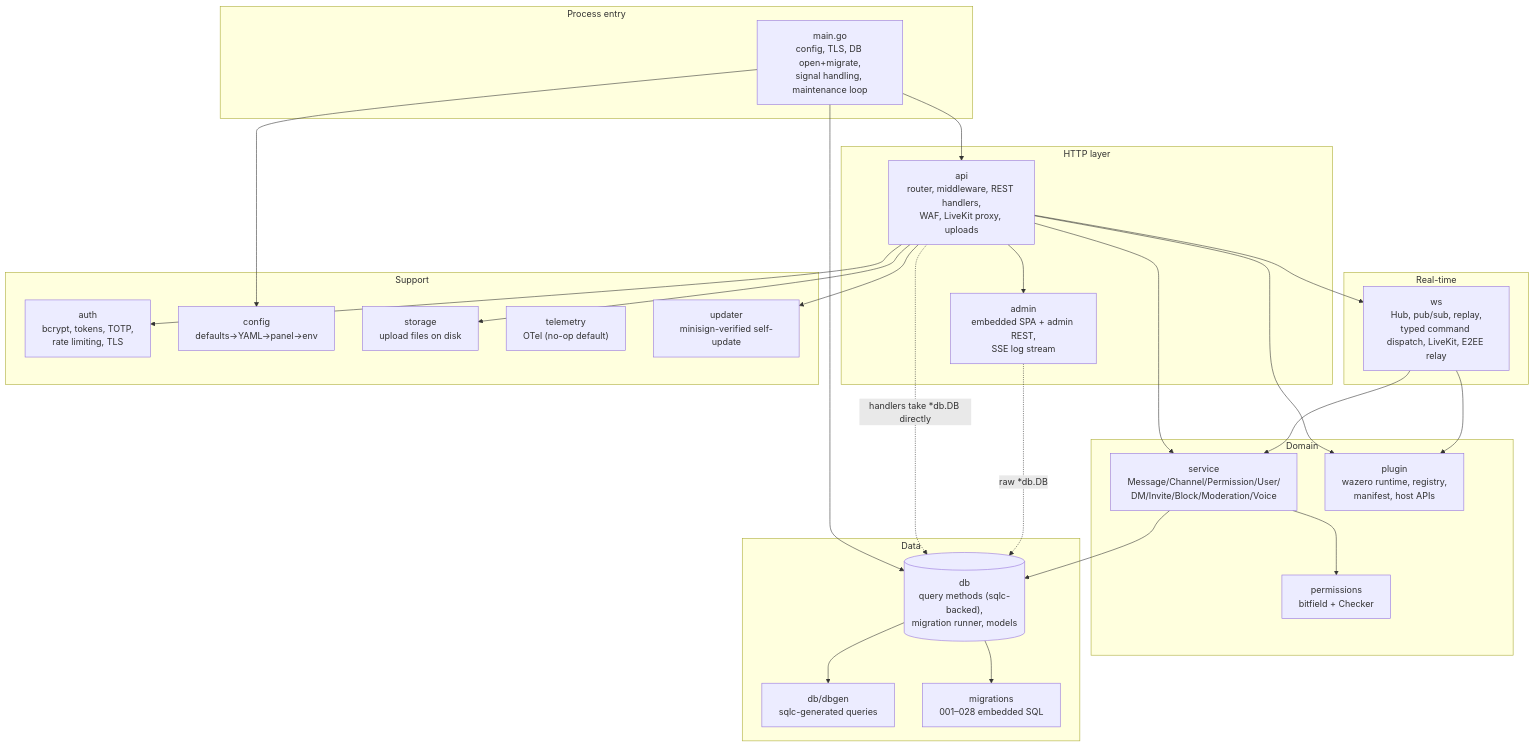
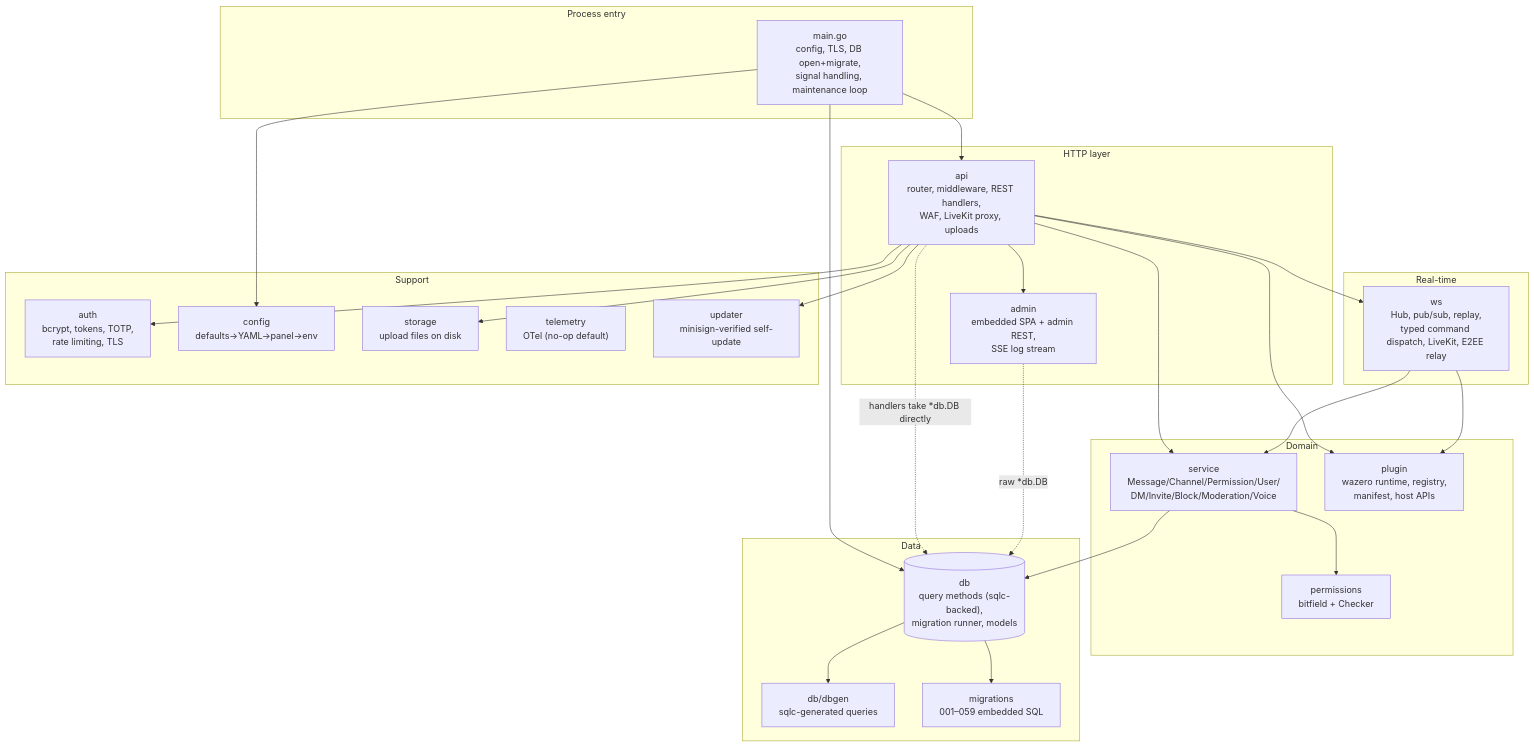
The first of 2 diagrams in docs/architecture/server.md (J3vb/OwnCord), drawn with Mermaid before and after one commit. The commit also changed other lines of this file and 15 other files, not shown here.

First line of the commit message:
docs(architecture): refresh reference docs against dev and simplify wording

````diff
--- a/docs/architecture/server.md
+++ b/docs/architecture/server.md
@@ -17,56 +27,56 @@
 ```mermaid
 flowchart TB
     subgraph entry ["Process entry"]
         MAIN["main.go<br/>config, TLS, DB open+migrate,<br/>signal handling, maintenance loop"]
     end
 
     subgraph http ["HTTP layer"]
         API["api<br/>router, middleware, REST handlers,<br/>WAF, LiveKit proxy, uploads"]
         ADMIN["admin<br/>embedded SPA + admin REST,<br/>SSE log stream"]
     end
 
     subgraph realtime ["Real-time"]
         WS["ws<br/>Hub, pub/sub, replay,<br/>typed command dispatch, LiveKit, E2EE relay"]
     end
 
     subgraph domain ["Domain"]
         SVC["service<br/>Message/Channel/Permission/User/<br/>DM/Invite/Block/Moderation/Voice"]
         PERM["permissions<br/>bitfield + Checker"]
         PLUGIN["plugin<br/>wazero runtime, registry,<br/>manifest, host APIs"]
     end
 
     subgraph data ["Data"]
         DB[("db<br/>query methods (sqlc-backed),<br/>migration runner, models")]
         DBGEN["db/dbgen<br/>sqlc-generated queries"]
-        MIG["migrations<br/>001–028 embedded SQL"]
+        MIG["migrations<br/>001–059 embedded SQL"]
     end
 
     subgraph support ["Support"]
         AUTH["auth<br/>bcrypt, tokens, TOTP,<br/>rate limiting, TLS"]
         CFG["config<br/>defaults→YAML→panel→env"]
         STORAGE["storage<br/>upload files on disk"]
         TEL["telemetry<br/>OTel (no-op default)"]
         UPD["updater<br/>minisign-verified self-update"]
     end
 
     MAIN --> CFG
     MAIN --> API
     MAIN --> DB
     API --> ADMIN
     API --> WS
     API --> SVC
     API --> AUTH
     API --> STORAGE
     API --> UPD
     API --> PLUGIN
     SVC --> DB
     SVC --> PERM
     DB --> DBGEN
     DB --> MIG
     WS --> SVC
     WS --> PLUGIN
 
     %% Residual layering seam (dashed): raw *db.DB used above the service layer
     API -.->|"handlers take *db.DB directly"| DB
     ADMIN -.->|"raw *db.DB"| DB
 ```
````
